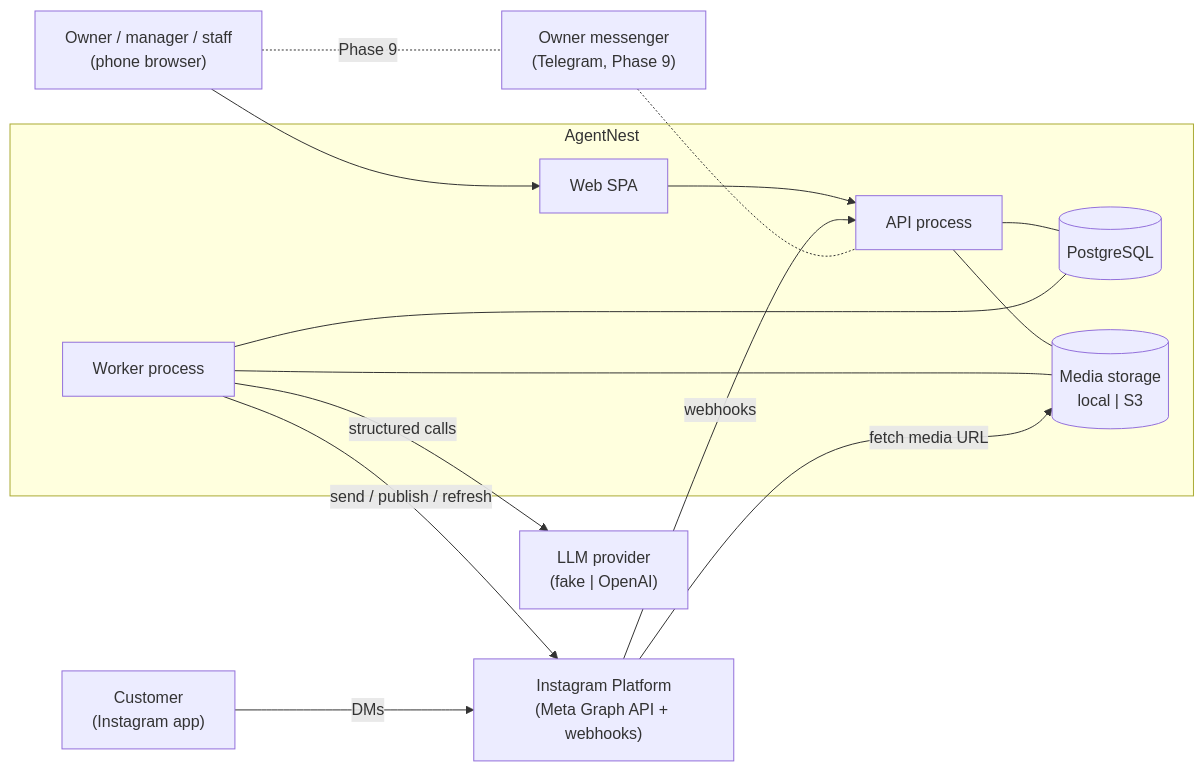
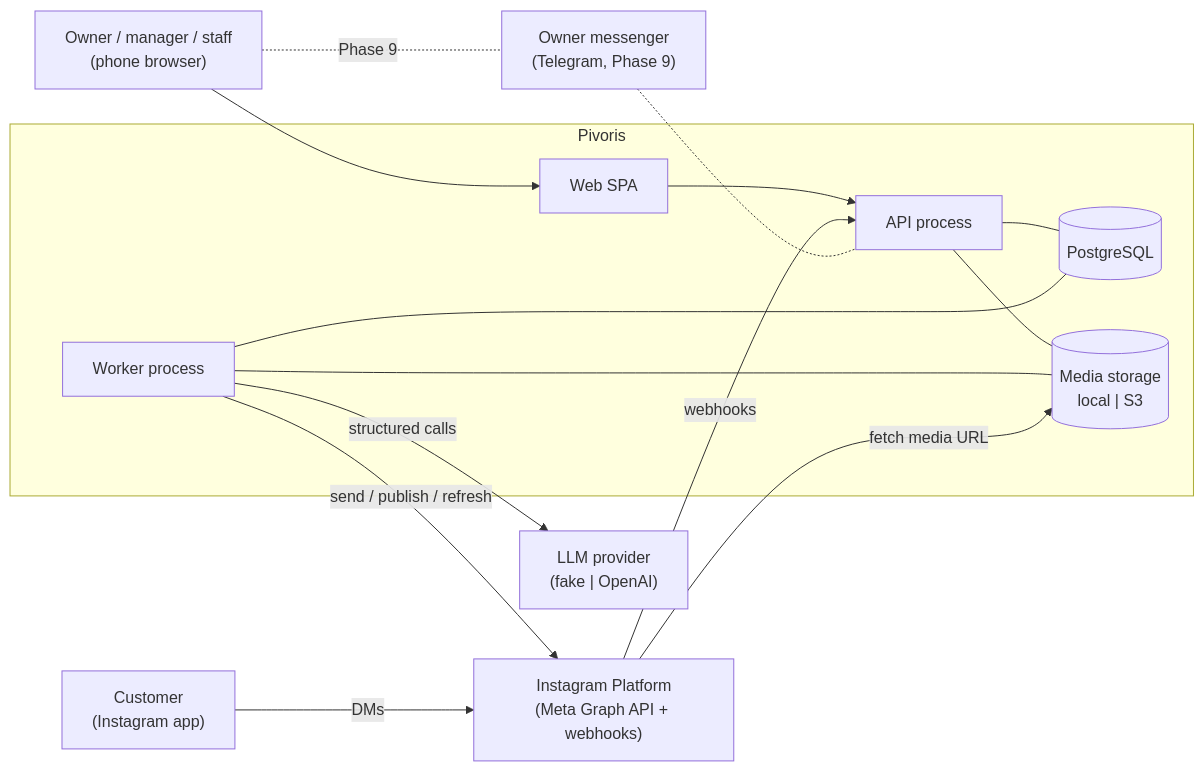
Before and after one commit to Ernosto0/AgentNest: the first of 2 diagrams in docs/architecture/system-overview.md, drawn with Mermaid. The commit also changed other lines of this file and 374 other files, not shown here.

Commit message:
Rebrand project from AgentNest to Pivoris

````diff
--- a/docs/architecture/system-overview.md
+++ b/docs/architecture/system-overview.md
@@ -7,27 +7,27 @@
 ```mermaid
 flowchart LR
   owner["Owner / manager / staff<br/>(phone browser)"]
   customer["Customer<br/>(Instagram app)"]
-  subgraph AgentNest
+  subgraph Pivoris
     web["Web SPA"]
     api["API process"]
     worker["Worker process"]
     db[("PostgreSQL")]
     media[("Media storage<br/>local | S3")]
   end
   ig["Instagram Platform<br/>(Meta Graph API + webhooks)"]
   llm["LLM provider<br/>(fake | OpenAI)"]
   tg["Owner messenger<br/>(Telegram, Phase 9)"]
 
   owner --> web --> api
   customer -- DMs --> ig
   ig -- webhooks --> api
   worker -- send / publish / refresh --> ig
   worker -- structured calls --> llm
   api --- db
   worker --- db
   api --- media
   worker --- media
   ig -- fetch media URL --> media
   owner -. Phase 9 .- tg -.- api
 ```
````
